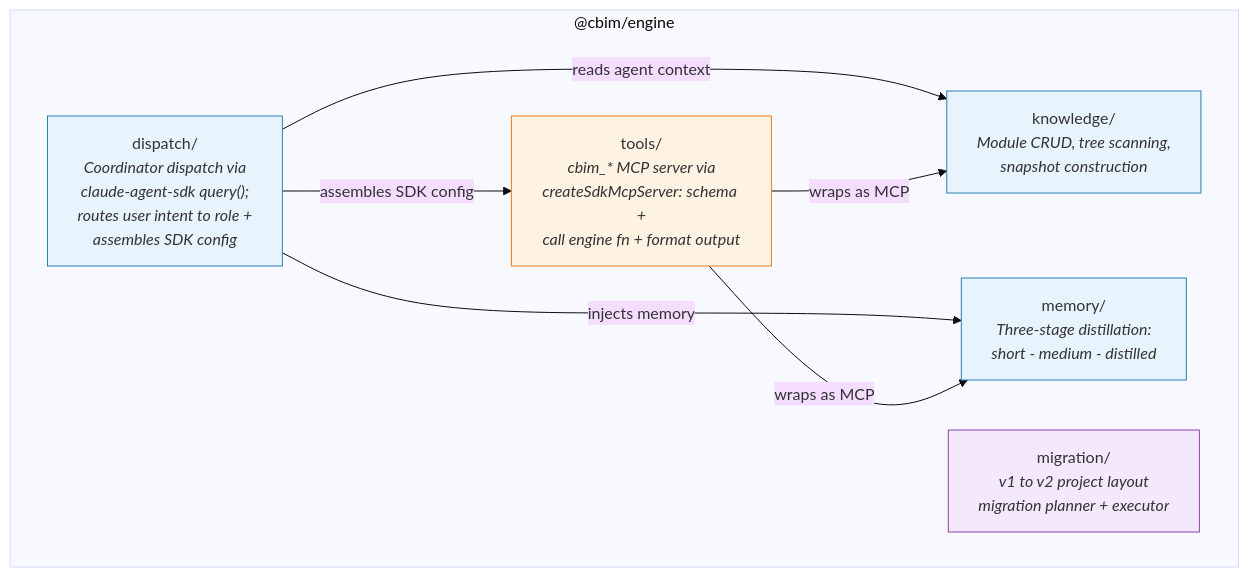
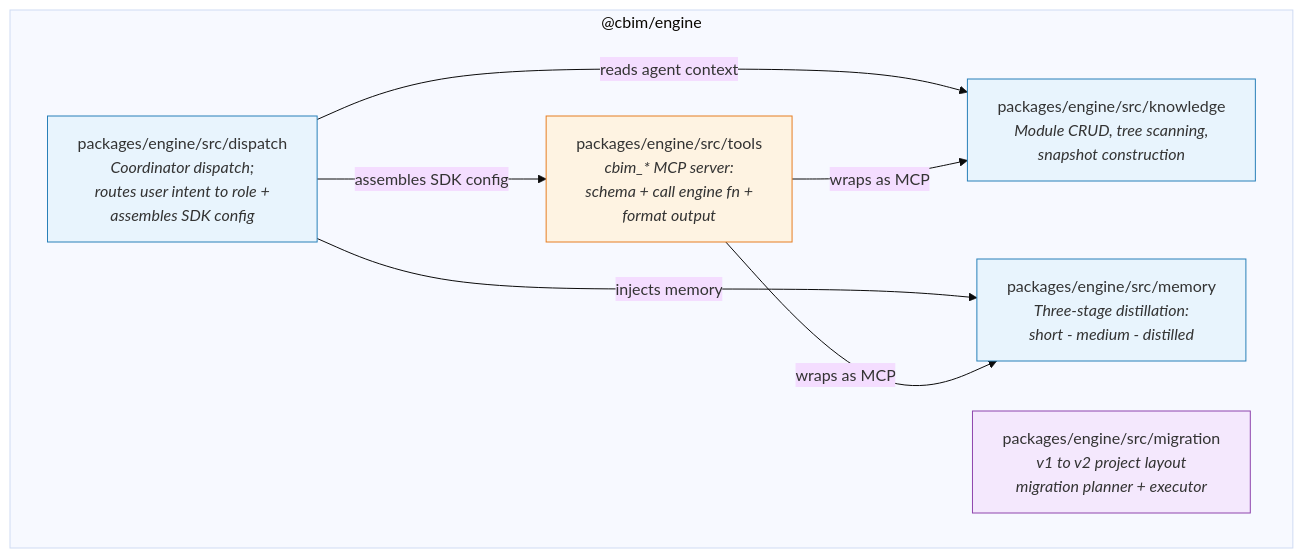
One commit to nan023062/agent-team-cc changed the diagram in packages/engine/.dna/module.md. Above: the diagram before and after it, drawn with Mermaid (base theme). The commit also changed other lines of this file and 27 other files, not shown here.

First line of the commit message:
v2 Phase 1: engine sub-module .dna/ + arch-governance #21 fixes

````diff
--- a/packages/engine/.dna/module.md
+++ b/packages/engine/.dna/module.md
@@ -15,22 +15,22 @@
 ```mermaid
 graph TD
     subgraph engine ["@cbim/engine"]
-        KNOWLEDGE["knowledge/<br/><i>Module CRUD, tree scanning,<br/>snapshot construction</i>"]
-        MEMORY["memory/<br/><i>Three-stage distillation:<br/>short - medium - distilled</i>"]
-        DISPATCH["dispatch/<br/><i>Coordinator dispatch via<br/>claude-agent-sdk query();<br/>routes user intent to role +<br/>assembles SDK config</i>"]
-        MIGRATION["migration/<br/><i>v1 to v2 project layout<br/>migration planner + executor</i>"]
-        TOOLS["tools/<br/><i>cbim_* MCP server via<br/>createSdkMcpServer: schema +<br/>call engine fn + format output</i>"]
+        KNOWLEDGE["packages/engine/src/knowledge<br/><i>Module CRUD, tree scanning,<br/>snapshot construction</i>"]
+        MEMORY["packages/engine/src/memory<br/><i>Three-stage distillation:<br/>short - medium - distilled</i>"]
+        DISPATCH["packages/engine/src/dispatch<br/><i>Coordinator dispatch;<br/>routes user intent to role +<br/>assembles SDK config</i>"]
+        MIGRATION["packages/engine/src/migration<br/><i>v1 to v2 project layout<br/>migration planner + executor</i>"]
+        TOOLS["packages/engine/src/tools<br/><i>cbim_* MCP server:<br/>schema + call engine fn +<br/>format output</i>"]
     end
 
     DISPATCH -->|"assembles SDK config"| TOOLS
     DISPATCH -->|"reads agent context"| KNOWLEDGE
     DISPATCH -->|"injects memory"| MEMORY
     TOOLS -->|"wraps as MCP"| KNOWLEDGE
     TOOLS -->|"wraps as MCP"| MEMORY
 
     style KNOWLEDGE fill:#e8f4fd,stroke:#2980b9
     style MEMORY fill:#e8f4fd,stroke:#2980b9
     style DISPATCH fill:#e8f4fd,stroke:#2980b9
     style MIGRATION fill:#f4e8fd,stroke:#8e44ad
     style TOOLS fill:#fef3e2,stroke:#e67e22
 ```
````
